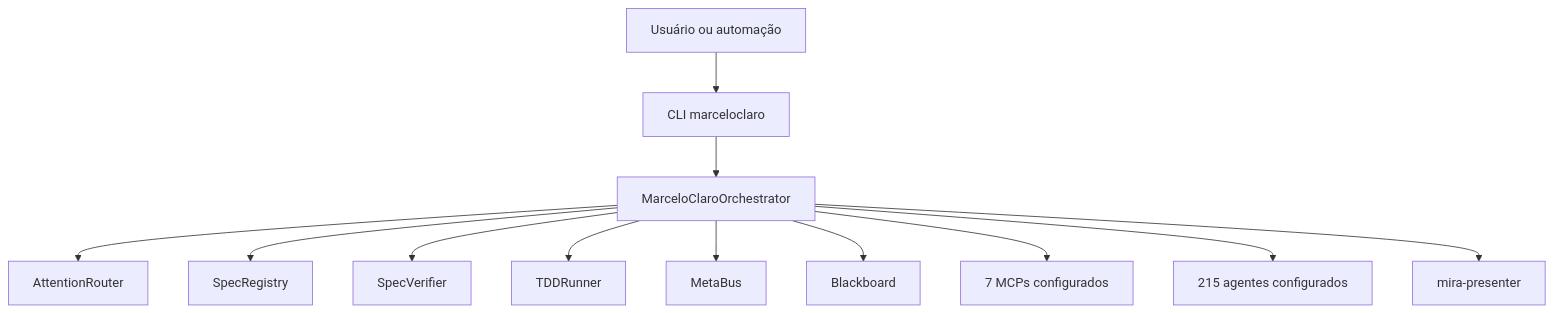
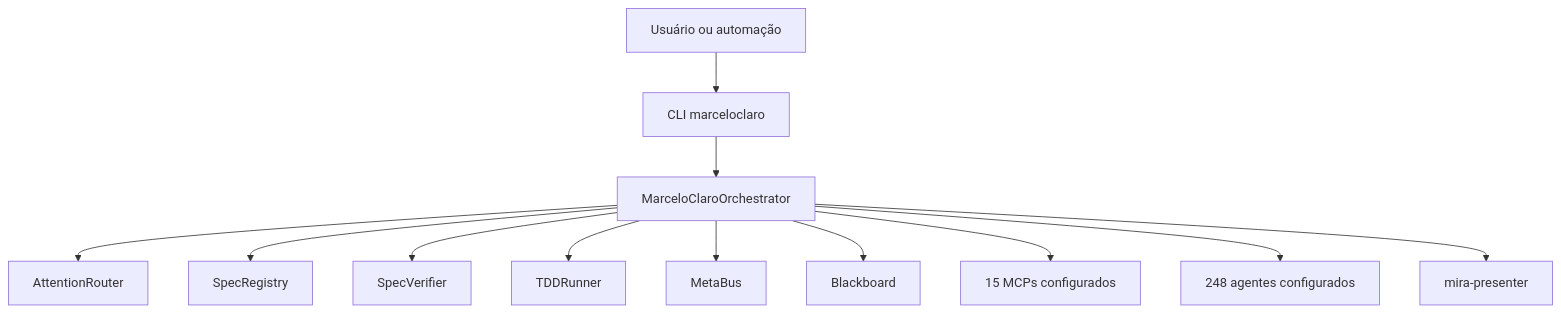
Before and after one commit to MarceloClaro/opencode-ecosystem-core: the second of 6 diagrams in README.md, drawn with Mermaid. The commit also changed other lines of this file and 20 other files, not shown here.

````diff
--- a/README.md
+++ b/README.md
@@ -195,14 +207,14 @@
 ```mermaid
 flowchart TB
     Usuario2[Usuário ou automação] --> CLI2[CLI marceloclaro]
     CLI2 --> Orq2[MarceloClaroOrchestrator]
     Orq2 --> Router[AttentionRouter]
     Orq2 --> SpecRegistry2[SpecRegistry]
     Orq2 --> SpecVerifier2[SpecVerifier]
     Orq2 --> TDDRunner2[TDDRunner]
     Orq2 --> MetaBus2[MetaBus]
     Orq2 --> Blackboard2[Blackboard]
-    Orq2 --> MCP2[7 MCPs configurados]
-    Orq2 --> Agents2[215 agentes configurados]
+    Orq2 --> MCP2[15 MCPs configurados]
+    Orq2 --> Agents2[248 agentes configurados]
     Orq2 --> Mira2[mira-presenter]
 ```
````
